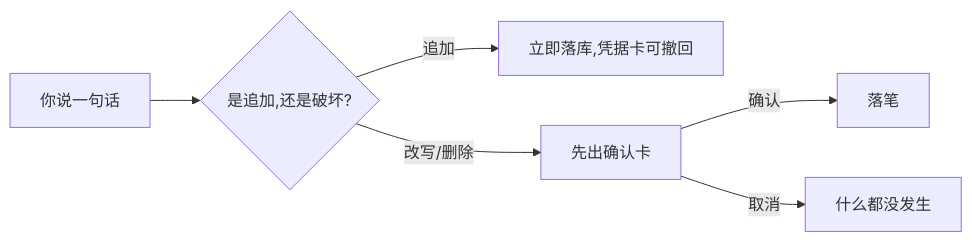
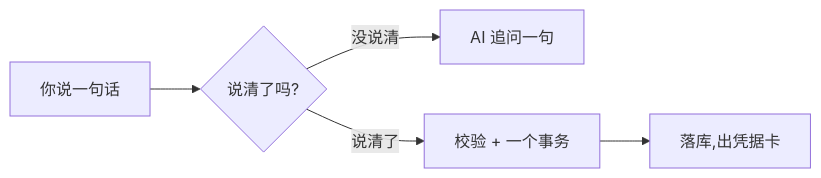
The diagram in docs/product-overview.zh.md (dengyusys/toby), drawn with Mermaid before and after one commit. The commit also changed other lines of this file and 86 other files, not shown here.

````diff
--- a/docs/product-overview.zh.md
+++ b/docs/product-overview.zh.md
@@ -21,8 +21,7 @@
 ```mermaid
 flowchart LR
-    A["你说一句话"] --> B{"是追加,还是破坏?"}
-    B -->|追加| C["立即落库,凭据卡可撤回"]
-    B -->|改写/删除| D["先出确认卡"]
-    D -->|确认| E["落笔"]
-    D -->|取消| F["什么都没发生"]
+    A["你说一句话"] --> B{"说清了吗?"}
+    B -->|没说清| C["AI 追问一句"]
+    B -->|说清了| D["校验 + 一个事务"]
+    D --> E["落库,出凭据卡"]
 ```
````
